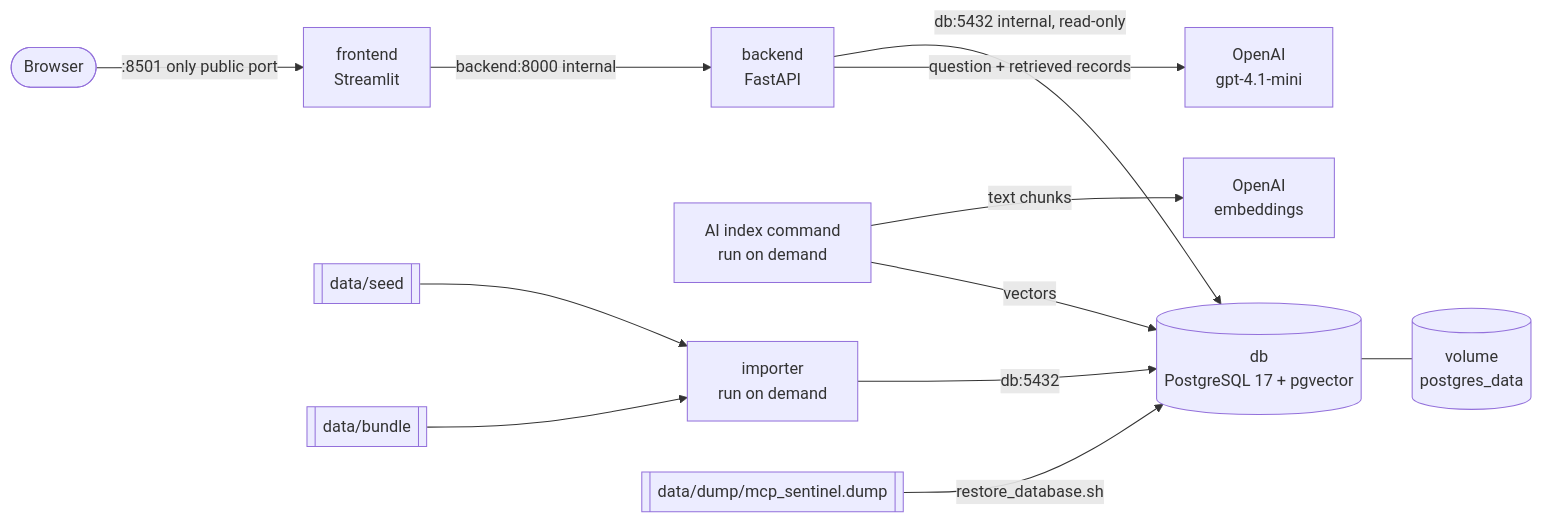
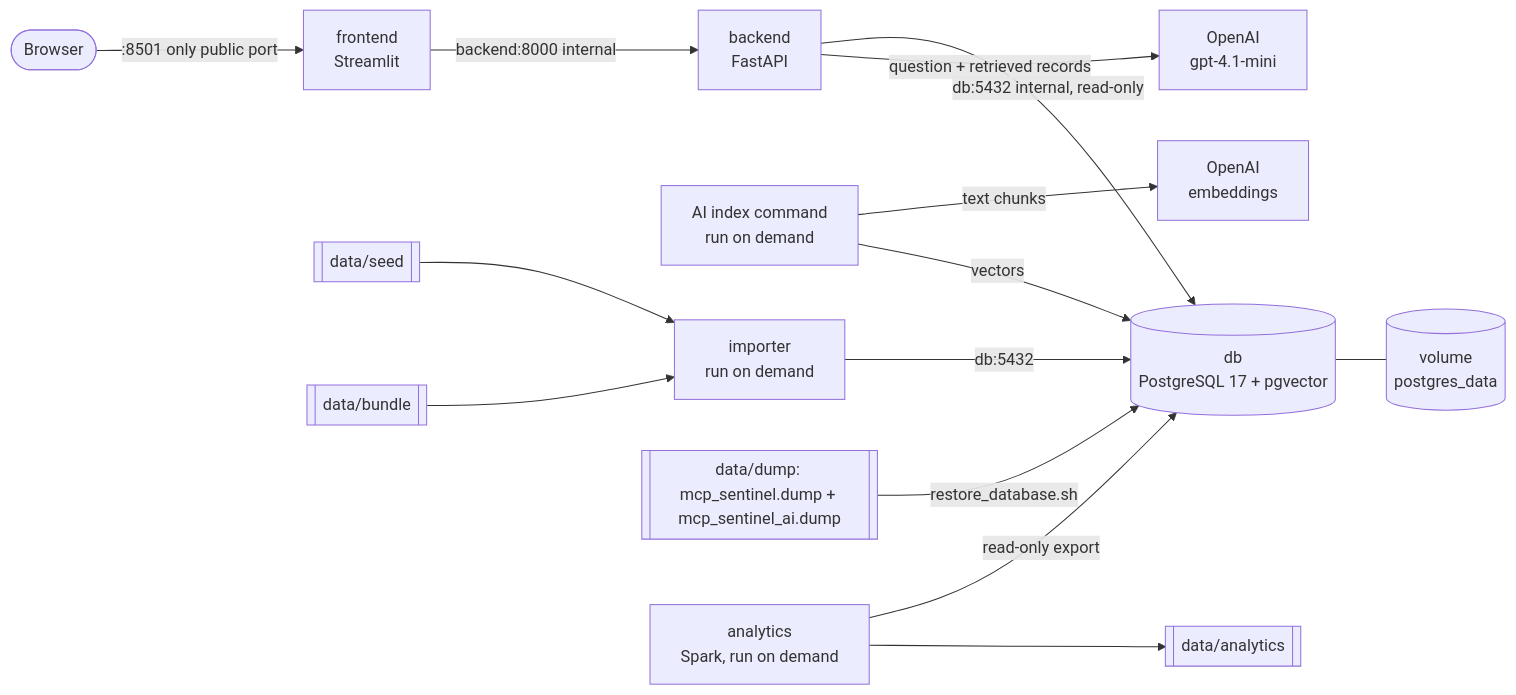
One commit to vokebetu/MCP-Sentinel changed the diagram in DEPLOYMENT.md. Above: the diagram before and after it, drawn with Mermaid. The commit also changed other lines of this file and 43 other files, not shown here.

````diff
--- a/DEPLOYMENT.md
+++ b/DEPLOYMENT.md
@@ -51,14 +52,16 @@
 ```mermaid
 flowchart LR
     user([Browser]) -->|:8501 only public port| fe[frontend<br/>Streamlit]
     fe -->|backend:8000 internal| be[backend<br/>FastAPI]
     be -->|db:5432 internal, read-only| db[(db<br/>PostgreSQL 17 + pgvector)]
     be -->|question + retrieved records| llm[OpenAI<br/>gpt-4.1-mini]
     idx[AI index command<br/>run on demand] -->|text chunks| emb[OpenAI<br/>embeddings]
     idx -->|vectors| db
     db --- vol[(volume<br/>postgres_data)]
     imp[importer<br/>run on demand] -->|db:5432| db
     seed[[data/seed]] --> imp
     bundle[[data/bundle]] --> imp
-    dump[[data/dump/mcp_sentinel.dump]] -->|restore_database.sh| db
+    dump[[data/dump: mcp_sentinel.dump + mcp_sentinel_ai.dump]] -->|restore_database.sh| db
+    spark[analytics<br/>Spark, run on demand] -->|read-only export| db
+    spark --> out[[data/analytics]]
 ```
````
